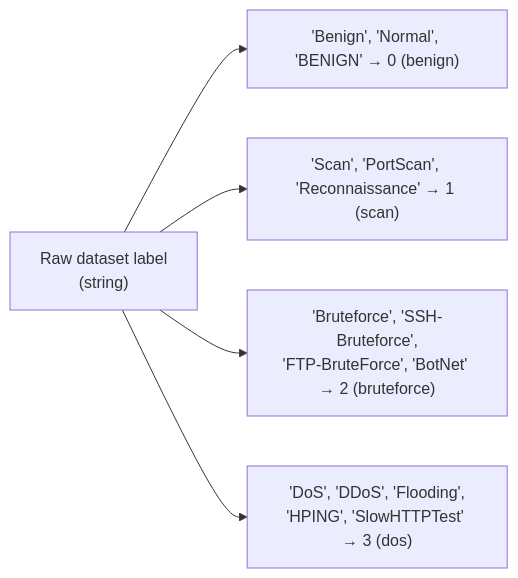
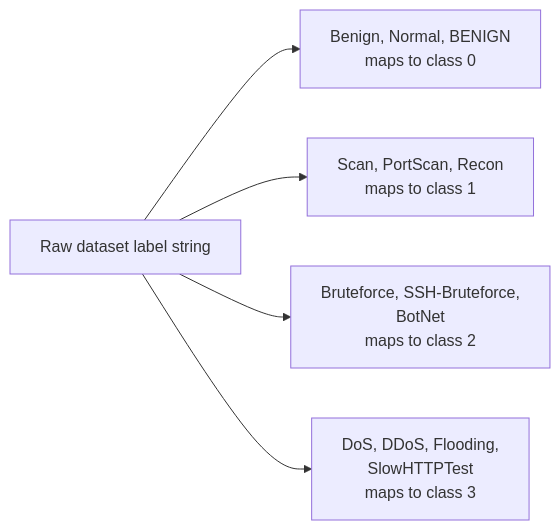
Diagram 13 of 15 in README.md (didi-09/AI_DRIVEN_SOAR), drawn with Mermaid before and after one commit. The commit also changed other lines of this file, not shown here.

````diff
--- a/README.md
+++ b/README.md
@@ -447,8 +413,8 @@
 ```mermaid
 flowchart LR
-    RAW["Raw dataset label\n(string)"]
-    RAW --> B["'Benign', 'Normal', 'BENIGN' → 0 (benign)"]
-    RAW --> SC["'Scan', 'PortScan', 'Reconnaissance' → 1 (scan)"]
-    RAW --> BF["'Bruteforce', 'SSH-Bruteforce',\n'FTP-BruteForce', 'BotNet' → 2 (bruteforce)"]
-    RAW --> D["'DoS', 'DDoS', 'Flooding',\n'HPING', 'SlowHTTPTest' → 3 (dos)"]
+    RAW["Raw dataset label string"]
+    RAW --> B["Benign, Normal, BENIGN<br/>maps to class 0"]
+    RAW --> SC["Scan, PortScan, Recon<br/>maps to class 1"]
+    RAW --> BF["Bruteforce, SSH-Bruteforce,<br/>BotNet<br/>maps to class 2"]
+    RAW --> D["DoS, DDoS, Flooding,<br/>SlowHTTPTest<br/>maps to class 3"]
 ```
````
